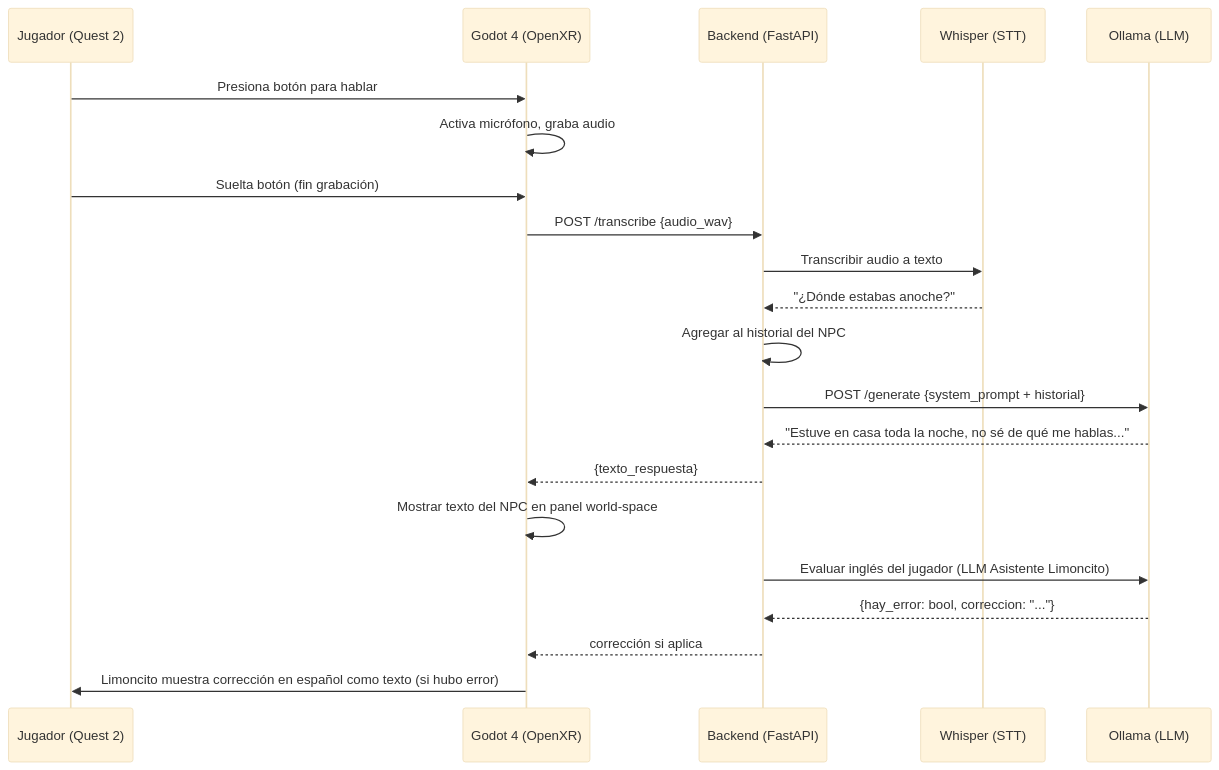
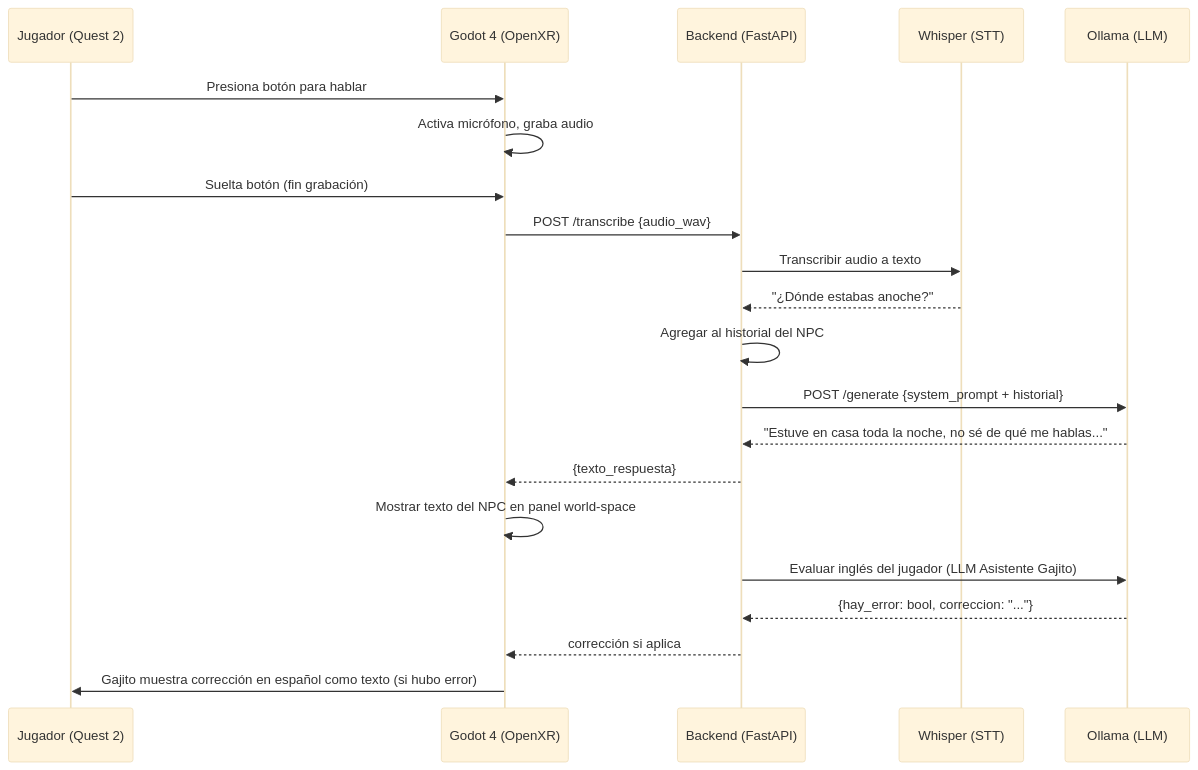
One commit to naxoruto/TE-limonchero-3d changed the second of 6 diagrams in design/gdd/entrega_1_diseno.md. Above: the diagram before and after it, drawn with Mermaid (base theme). The commit also changed other lines of this file and 13 other files, not shown here.

````diff
--- a/design/gdd/entrega_1_diseno.md
+++ b/design/gdd/entrega_1_diseno.md
@@ -308,24 +308,24 @@
 ```mermaid
 sequenceDiagram
 	participant J as Jugador (Quest 2)
 	participant U as Godot 4 (OpenXR)
 	participant B as Backend (FastAPI)
 	participant W as Whisper (STT)
 	participant L as Ollama (LLM)
 
 	J->>U: Presiona botón para hablar
 	U->>U: Activa micrófono, graba audio
 	J->>U: Suelta botón (fin grabación)
 	U->>B: POST /transcribe {audio_wav}
 	B->>W: Transcribir audio a texto
 	W-->>B: "¿Dónde estabas anoche?"
 	B->>B: Agregar al historial del NPC
 	B->>L: POST /generate {system_prompt + historial}
 	L-->>B: "Estuve en casa toda la noche, no sé de qué me hablas..."
 	B-->>U: {texto_respuesta}
 	U->>U: Mostrar texto del NPC en panel world-space
-	B->>L: Evaluar inglés del jugador (LLM Asistente Limoncito)
+	B->>L: Evaluar inglés del jugador (LLM Asistente Gajito)
 	L-->>B: {hay_error: bool, correccion: "..."}
 	B-->>U: corrección si aplica
-	U->>J: Limoncito muestra corrección en español como texto (si hubo error)
+	U->>J: Gajito muestra corrección en español como texto (si hubo error)
 ```
````
